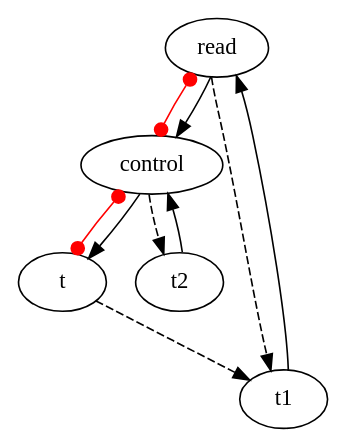
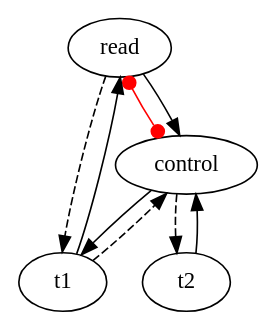
The diagram in Examples/AADL/dot/Aadl2.dot (frederic-mallet/ccsl-sts), drawn with Graphviz before and after one commit. The commit also changed 8 other files, not shown here.

```diff
--- a/Examples/AADL/dot/Aadl2.dot
+++ b/Examples/AADL/dot/Aadl2.dot
@@ -1,17 +1,15 @@
 digraph {
   "read";
-  "t";
   "control";
   "t1";
   "t2";
+control -> t1
 t2 -> control
 control -> t2["style"="dashed"]
-control -> t["color"="red", "dir"="both", "arrowtail"="dot", "arrowhead"="dot"]
+t1 -> control["style"="dashed"]
 t1 -> read
-control -> t
 read -> t1["style"="dashed"]
-t -> t1["style"="dashed"]
 read -> control["color"="red", "dir"="both", "arrowtail"="dot", "arrowhead"="dot"]
 read -> control
 
 }
```
